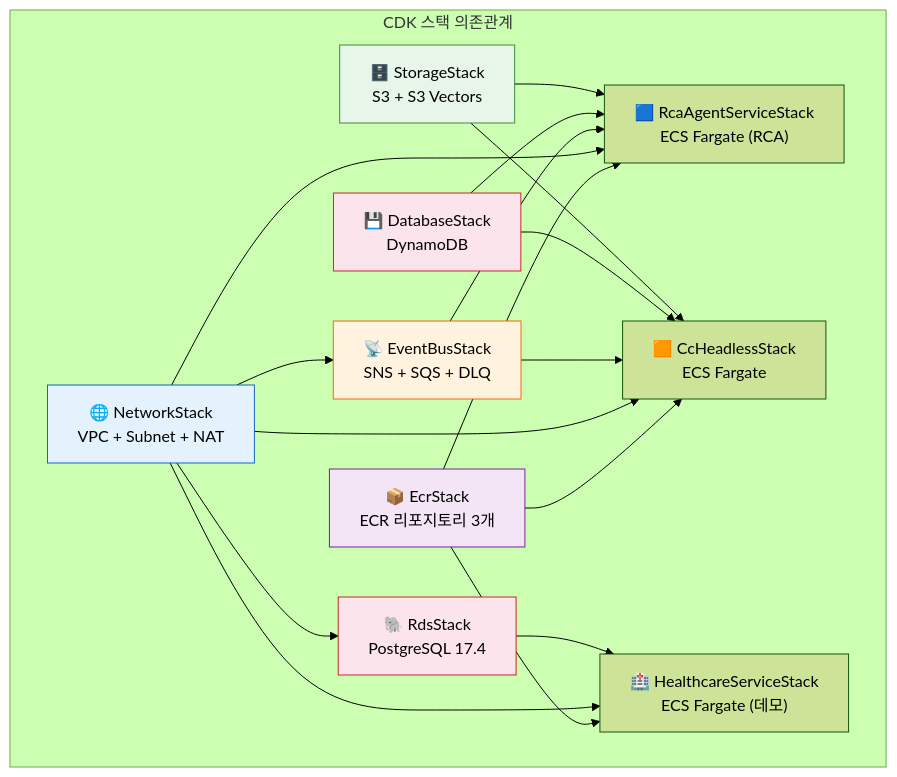
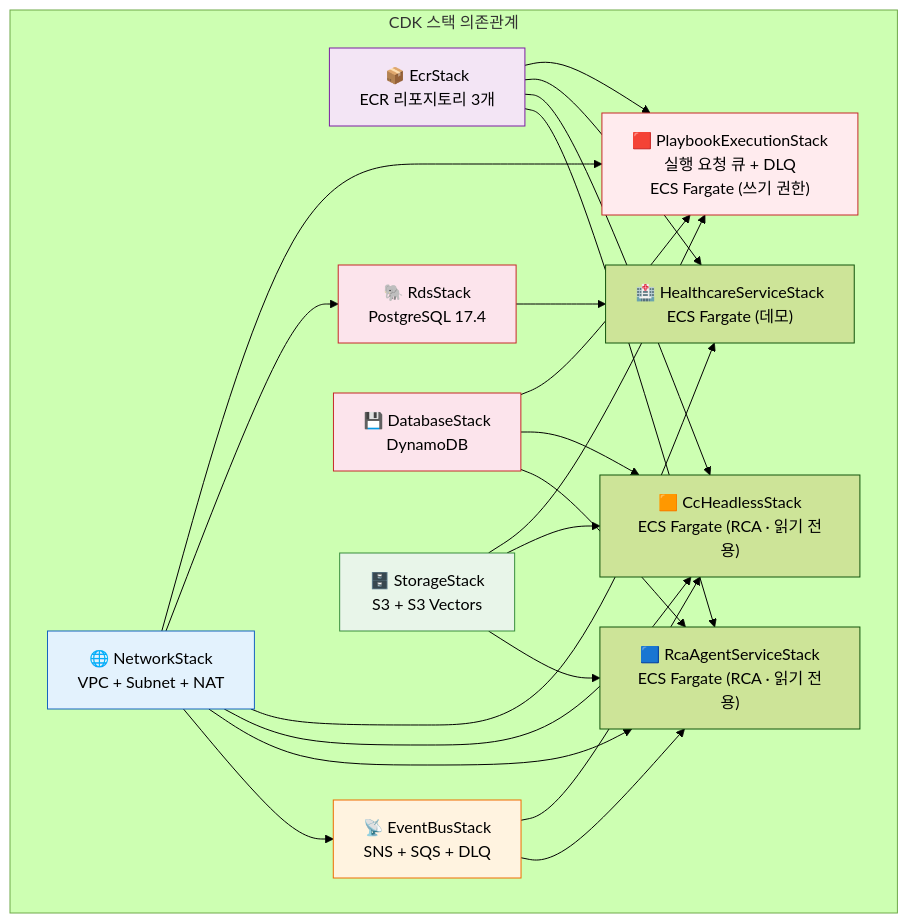
One commit to haandol/rca-agent changed the third of 25 diagrams in docs/system-guide-for-ops.md. Above: the diagram before and after it, drawn with Mermaid (forest theme). The commit also changed other lines of this file and 7 other files, not shown here.

````diff
--- a/docs/system-guide-for-ops.md
+++ b/docs/system-guide-for-ops.md
@@ -131,37 +168,43 @@
 ```mermaid
 graph TB
     subgraph Infra["CDK 스택 의존관계"]
         ECR["📦 EcrStack<br/>ECR 리포지토리 3개"]
         NET["🌐 NetworkStack<br/>VPC + Subnet + NAT"]
         EVENT["📡 EventBusStack<br/>SNS + SQS + DLQ"]
         DB["💾 DatabaseStack<br/>DynamoDB"]
         STORAGE["🗄️ StorageStack<br/>S3 + S3 Vectors"]
         RDS["🐘 RdsStack<br/>PostgreSQL 17.4"]
-        AGENT["🟦 RcaAgentServiceStack<br/>ECS Fargate (RCA)"]
-        CC["🟧 CcHeadlessStack<br/>ECS Fargate"]
+        AGENT["🟦 RcaAgentServiceStack<br/>ECS Fargate (RCA · 읽기 전용)"]
+        CC["🟧 CcHeadlessStack<br/>ECS Fargate (RCA · 읽기 전용)"]
         HEALTH["🏥 HealthcareServiceStack<br/>ECS Fargate (데모)"]
+        EXEC["🟥 PlaybookExecutionStack<br/>실행 요청 큐 + DLQ<br/>ECS Fargate (쓰기 권한)"]
     end
 
     ECR --> AGENT
     ECR --> CC
     ECR --> HEALTH
+    ECR --> EXEC
     NET --> EVENT
     NET --> AGENT
     NET --> CC
     NET --> HEALTH
     NET --> RDS
+    NET --> EXEC
     EVENT --> AGENT
     EVENT --> CC
     DB --> AGENT
     DB --> CC
+    DB --> EXEC
     STORAGE --> AGENT
     STORAGE --> CC
+    STORAGE --> EXEC
     RDS --> HEALTH
 
     style ECR fill:#f3e5f5,stroke:#7b1fa2
     style NET fill:#e3f2fd,stroke:#1565c0
     style EVENT fill:#fff3e0,stroke:#ef6c00
     style DB fill:#fce4ec,stroke:#c62828
     style STORAGE fill:#e8f5e9,stroke:#388e3c
     style RDS fill:#fce4ec,stroke:#c62828
+    style EXEC fill:#ffebee,stroke:#c62828
 ```
````
